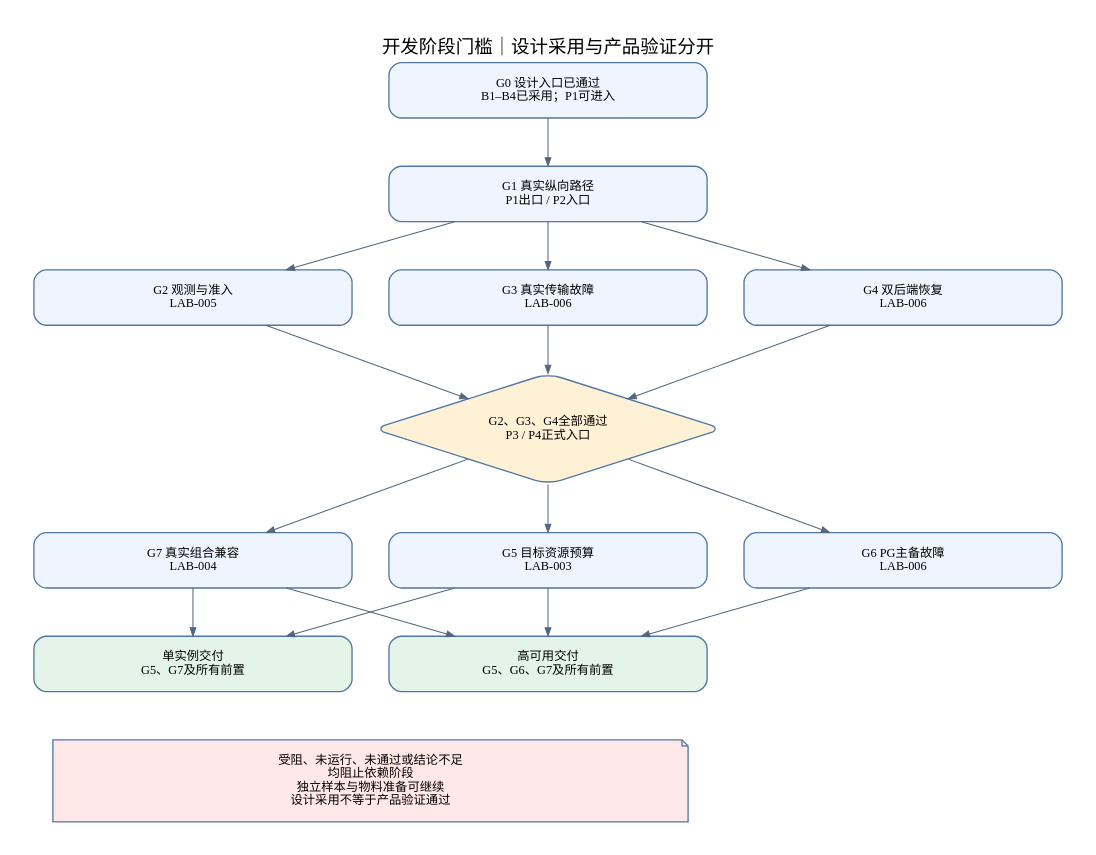
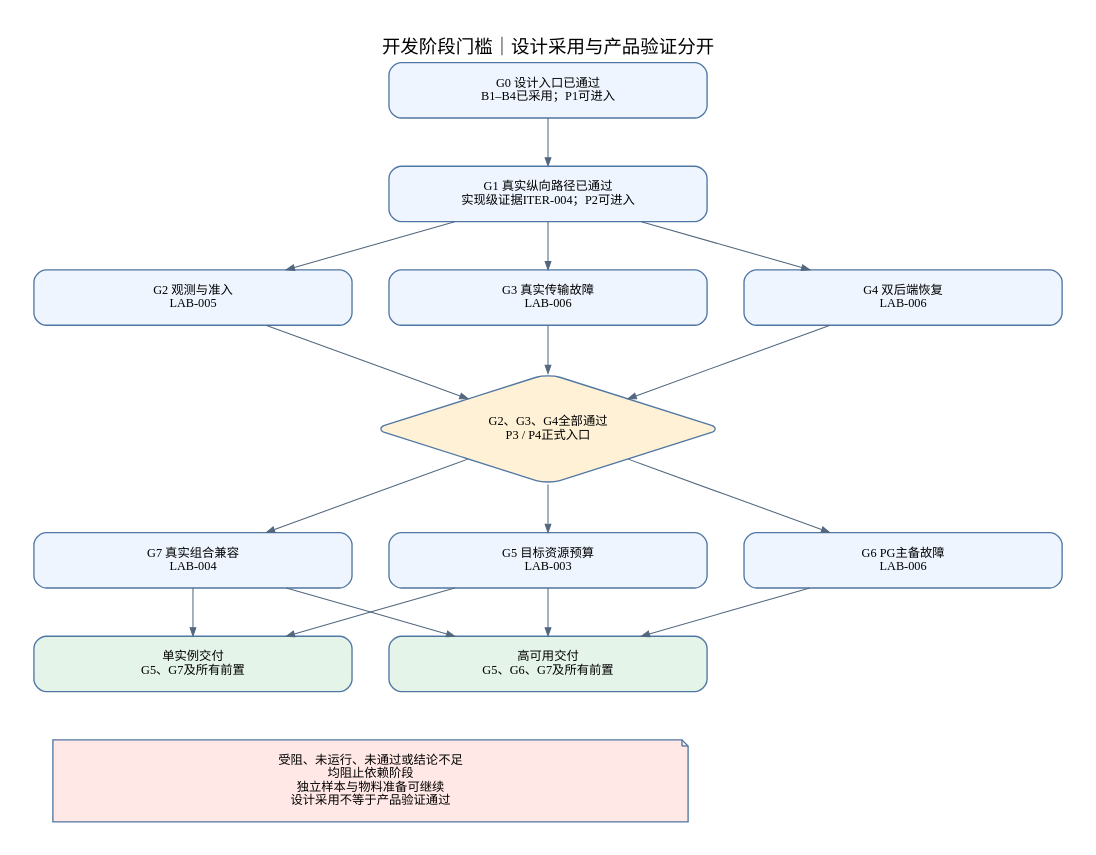
The diagram in docs/architecture/diagrams/v0.7/06-delivery-dependencies.dot (wyw-ai/loom-oi), drawn with Graphviz before and after one commit. The commit also changed 12 other files, not shown here.

```diff
--- a/docs/architecture/diagrams/v0.7/06-delivery-dependencies.dot
+++ b/docs/architecture/diagrams/v0.7/06-delivery-dependencies.dot
@@ -1,23 +1,23 @@
 digraph G {
 graph [bgcolor="white",pad="0.35",nodesep="0.5",ranksep="0.65",fontname="Noto Sans SC",fontsize=18,labelloc="t",splines=polyline];
 node [shape=box,style="rounded,filled",fillcolor="#eef5ff",color="#5077a3",fontname="Noto Sans SC",fontsize=12,width=4.3,margin="0.35,0.2",penwidth=1.3];
 edge [color="#52677f",fontname="Noto Sans SC",fontsize=10,arrowsize=0.8];
 rankdir=TB;label="开发阶段门槛｜设计采用与产品验证分开";
  g0[label="G0 设计入口已通过\nB1–B4已采用；P1可进入"];
- g1[label="G1 真实纵向路径\nP1出口 / P2入口"];
+ g1[label="G1 真实纵向路径已通过\n实现级证据ITER-004；P2可进入"];
  g2[label="G2 观测与准入\nLAB-005"];
  g3[label="G3 真实传输故障\nLAB-006"];
  g4[label="G4 双后端恢复\nLAB-006"];
  gate[label="G2、G3、G4全部通过\nP3 / P4正式入口",shape=diamond,fillcolor="#fff1d6"];
  g5[label="G5 目标资源预算\nLAB-003"];
  g6[label="G6 PG主备故障\nLAB-006"];
  g7[label="G7 真实组合兼容\nLAB-004"];
  single[label="单实例交付\nG5、G7及所有前置",fillcolor="#e4f4e9"];
  ha[label="高可用交付\nG5、G6、G7及所有前置",fillcolor="#e4f4e9"];
  g0->g1;g1->g2;g1->g3;g1->g4;{rank=same;g2;g3;g4;}
  g2->gate;g3->gate;g4->gate;gate->g5;gate->g6;gate->g7;{rank=same;g5;g6;g7;}
  g5->single;g7->single;g5->ha;g6->ha;g7->ha;
  note[label="受阻、未运行、未通过或结论不足\n均阻止依赖阶段\n独立样本与物料准备可继续\n设计采用不等于产品验证通过",width=8.6,shape=note,fillcolor="#ffe8e5"];
  single->note[style=invis];ha->note[style=invis];
 
 }
```
